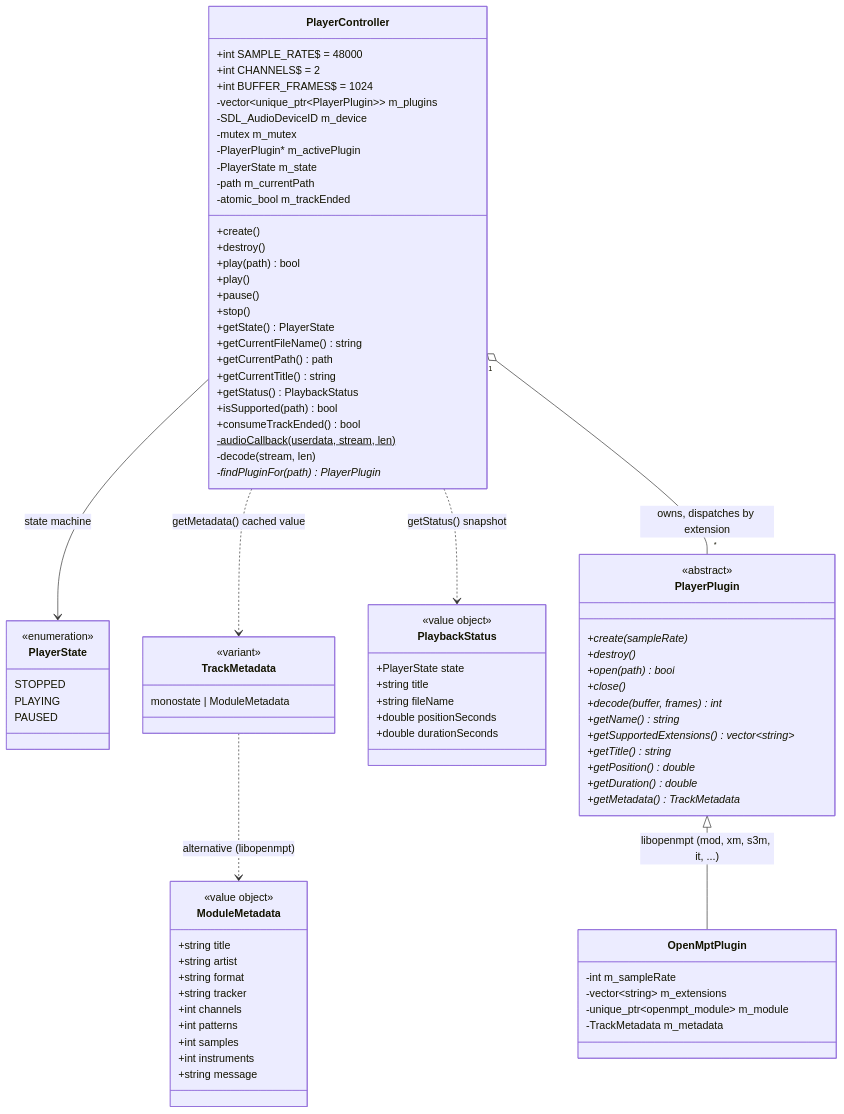
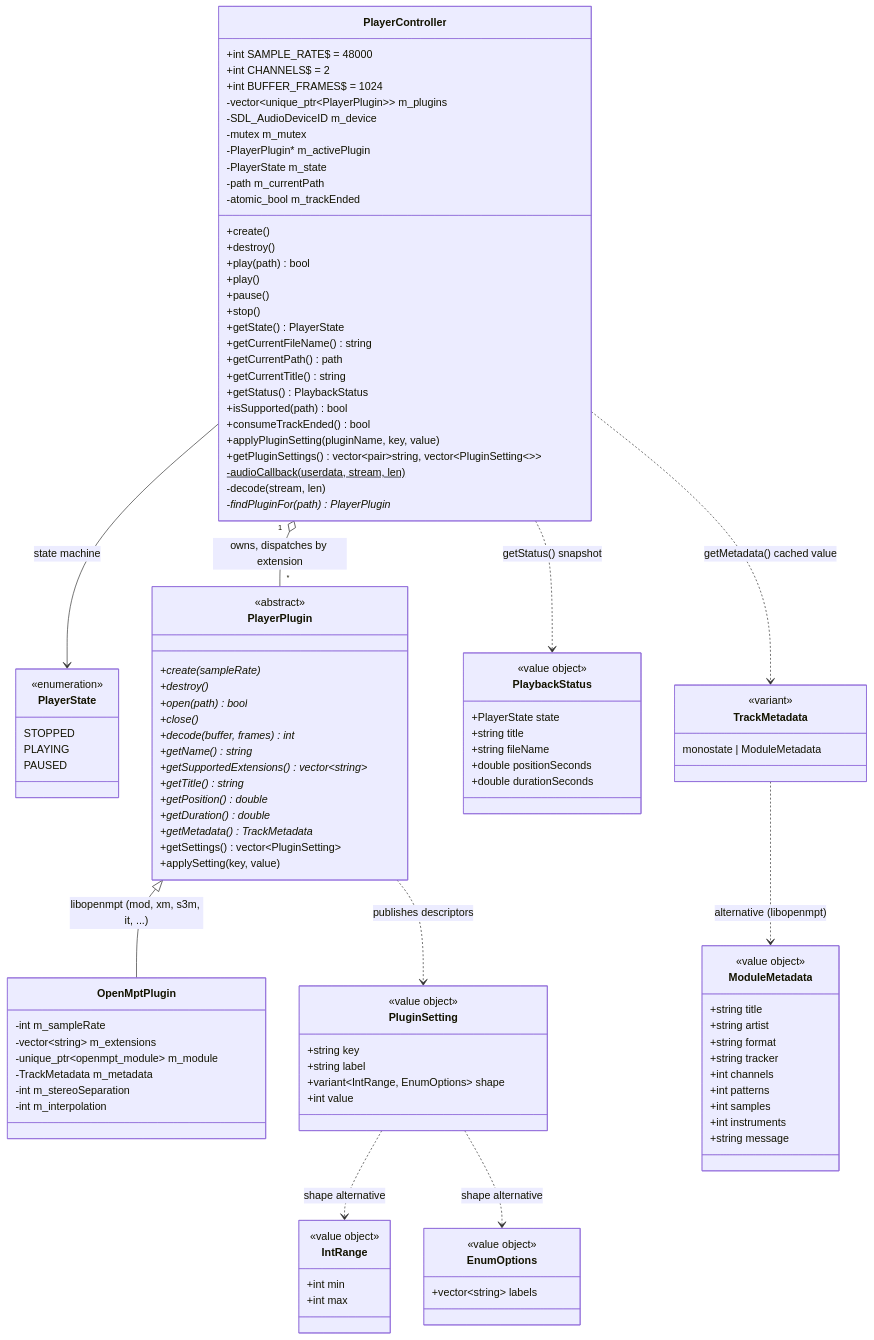
One commit to notnotme/osp2 changed the diagram in docs/audio.md. Above: the diagram before and after it, drawn with Mermaid. The commit also changed other lines of this file and 10 other files, not shown here.

First line of the commit message:
feat: add per-plugin settings backend with OpenMPT tunables

````diff
--- a/docs/audio.md
+++ b/docs/audio.md
@@ -35,6 +35,8 @@
         +getStatus() PlaybackStatus
         +isSupported(path) bool
         +consumeTrackEnded() bool
+        +applyPluginSetting(pluginName, key, value)
+        +getPluginSettings() vector~pair~string, vector~PluginSetting~~~
         -audioCallback(userdata, stream, len)$
         -decode(stream, len)
         -findPluginFor(path) PlayerPlugin*
@@ -53,6 +55,8 @@
         +getPosition()* double
         +getDuration()* double
         +getMetadata()* TrackMetadata
+        +getSettings() vector~PluginSetting~
+        +applySetting(key, value)
     }
 
     class OpenMptPlugin {
@@ -60,6 +64,27 @@
         -vector~string~ m_extensions
         -unique_ptr~openmpt_module~ m_module
         -TrackMetadata m_metadata
+        -int m_stereoSeparation
+        -int m_interpolation
+    }
+
+    class PluginSetting {
+        <<value object>>
+        +string key
+        +string label
+        +variant~IntRange, EnumOptions~ shape
+        +int value
+    }
+
+    class IntRange {
+        <<value object>>
+        +int min
+        +int max
+    }
+
+    class EnumOptions {
+        <<value object>>
+        +vector~string~ labels
     }
 
     class PlaybackStatus {
@@ -95,4 +120,7 @@
     PlayerController "1" o-- "*" PlayerPlugin : owns, dispatches by extension
     PlayerPlugin <|-- OpenMptPlugin : libopenmpt (mod, xm, s3m, it, ...)
     TrackMetadata ..> ModuleMetadata : alternative (libopenmpt)
+    PlayerPlugin ..> PluginSetting : publishes descriptors
+    PluginSetting ..> IntRange : shape alternative
+    PluginSetting ..> EnumOptions : shape alternative
 ```
````
